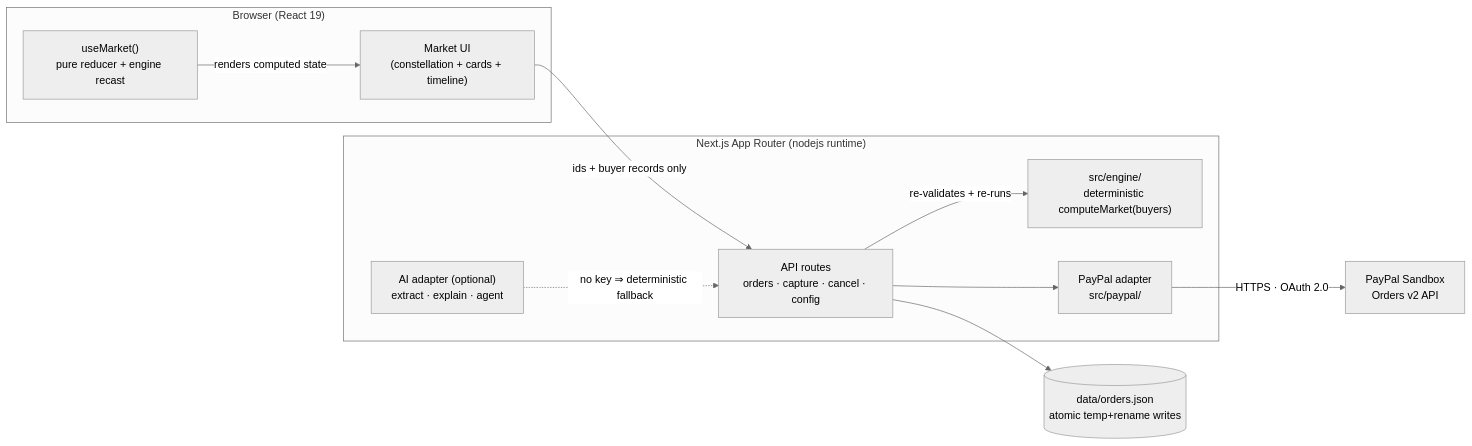
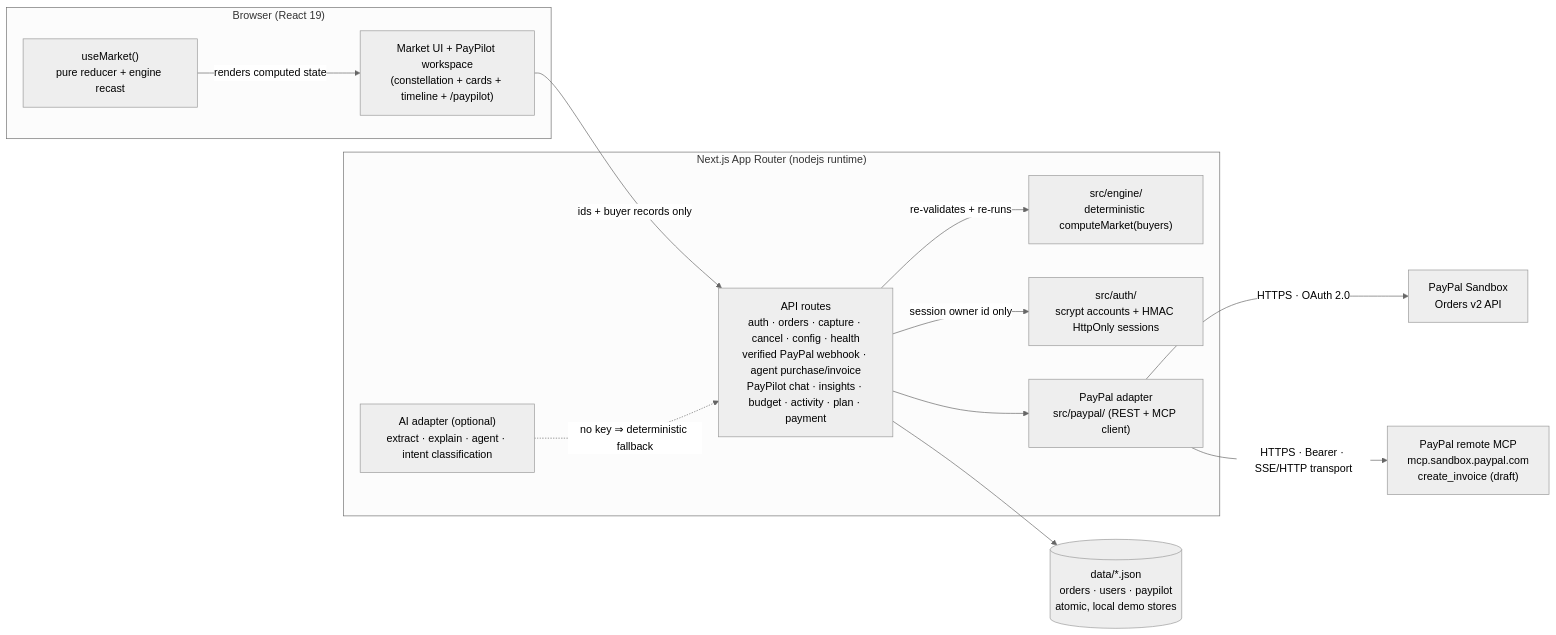
The first of 4 diagrams in docs/ARCHITECTURE.md (Kartikey-Kesarwani-2005/NeedNetAI), drawn with Mermaid (neutral theme) before and after one commit. The commit also changed other lines of this file and 75 other files, not shown here.

First line of the commit message:
PayPilot AI workspace: auth, budgets, planning, confirmation-gated PayPal Sandbox payments, analytics, activity timeline

````diff
--- a/docs/ARCHITECTURE.md
+++ b/docs/ARCHITECTURE.md
@@ -11,24 +11,28 @@
 ```mermaid
 flowchart LR
   subgraph Browser["Browser (React 19)"]
-    UI["Market UI<br/>(constellation + cards + timeline)"]
+    UI["Market UI + PayPilot workspace<br/>(constellation + cards + timeline + /paypilot)"]
     Store["useMarket()<br/>pure reducer + engine recast"]
   end
 
   subgraph Server["Next.js App Router (nodejs runtime)"]
     Engine["src/engine/<br/>deterministic computeMarket(buyers)"]
-    Routes["API routes<br/>orders · capture · cancel · config"]
-    AI["AI adapter (optional)<br/>extract · explain · agent"]
-    PayPal["PayPal adapter<br/>src/paypal/"]
+    Auth["src/auth/<br/>scrypt accounts + HMAC HttpOnly sessions"]
+    Routes["API routes<br/>auth · orders · capture · cancel · config · health<br/>verified PayPal webhook · agent purchase/invoice<br/>PayPilot chat · insights · budget · activity · plan · payment"]
+    AI["AI adapter (optional)<br/>extract · explain · agent · intent classification"]
+    PayPal["PayPal adapter<br/>src/paypal/ (REST + MCP client)"]
   end
 
   PayPalSandbox["PayPal Sandbox<br/>Orders v2 API"]
-  DataFile[("data/orders.json<br/>atomic temp+rename writes")]
+  PayPalMcp["PayPal remote MCP<br/>mcp.sandbox.paypal.com<br/>create_invoice (draft)"]
+  DataFile[("data/*.json<br/>orders · users · paypilot<br/>atomic, local demo stores")]
 
   UI -- "ids + buyer records only" --> Routes
   Routes -- "re-validates + re-runs" --> Engine
+  Routes -- "session owner id only" --> Auth
   Routes --> PayPal -- "HTTPS · OAuth 2.0" --> PayPalSandbox
+  PayPal -- "HTTPS · Bearer · SSE/HTTP transport" --> PayPalMcp
   Routes --> DataFile
   Store -- "renders computed state" --> UI
   AI -. "no key ⇒ deterministic fallback" .-> Routes
 ```
````
